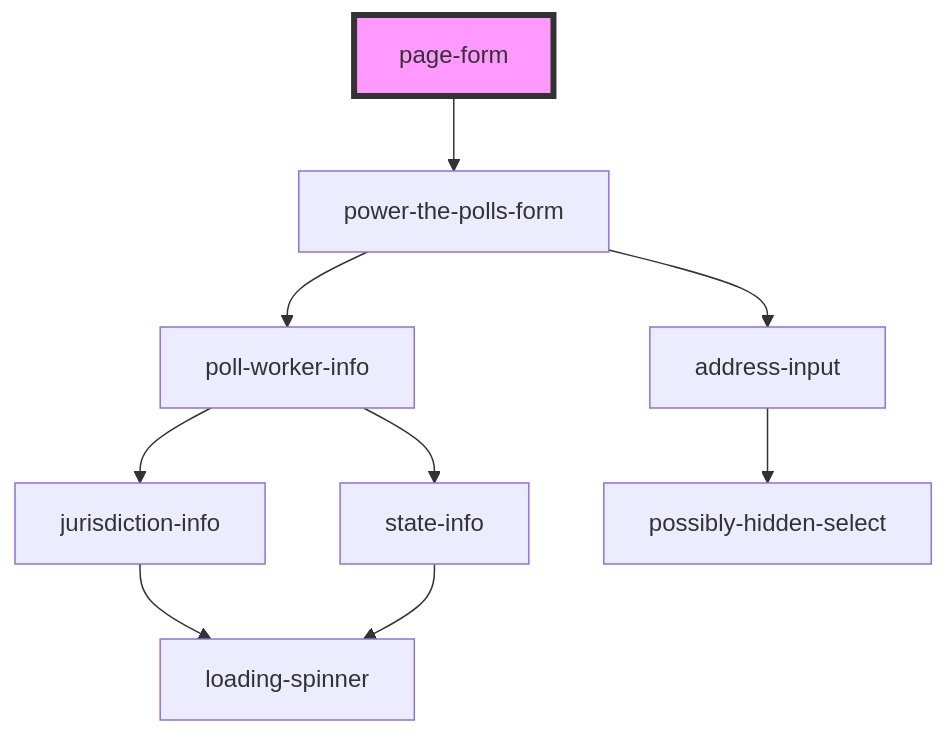
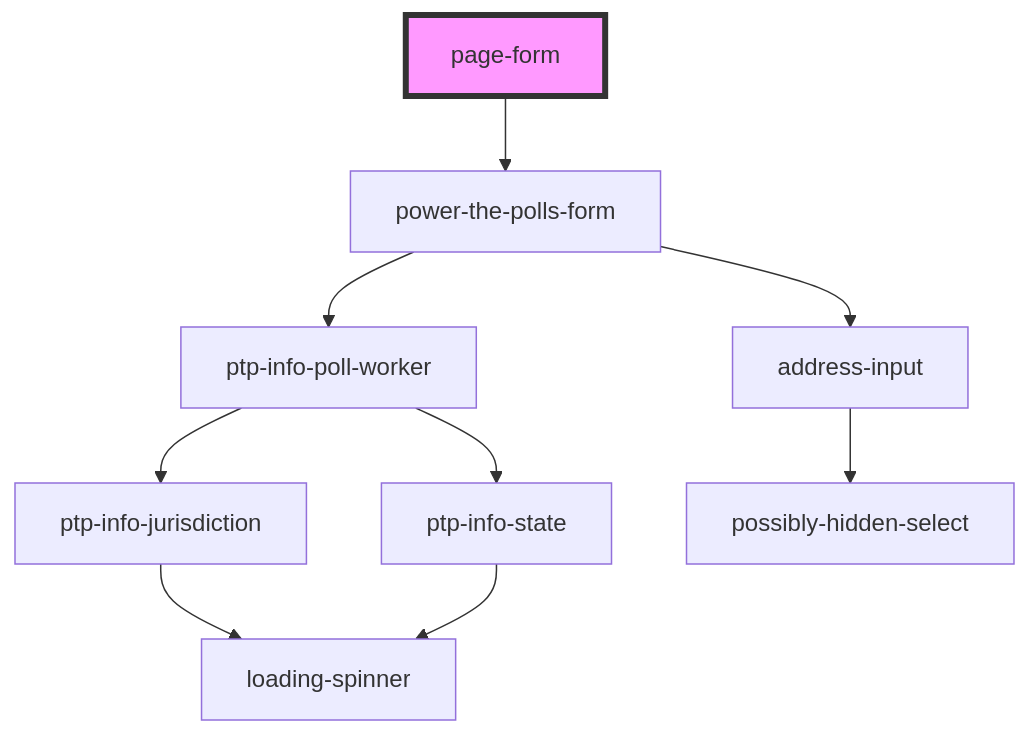
One commit to pizza-to-the-polls/power-the-polls changed the diagram in site/src/components/page-form/readme.md. Above: the diagram before and after it, drawn with Mermaid. The commit also changed 28 other files, not shown here.

Commit message:
refactoring to try to consolidate things around state and jurisdiction info

````diff
--- a/site/src/components/page-form/readme.md
+++ b/site/src/components/page-form/readme.md
@@ -22,12 +22,12 @@
 ```mermaid
 graph TD;
   page-form --> power-the-polls-form
-  power-the-polls-form --> poll-worker-info
+  power-the-polls-form --> ptp-info-poll-worker
   power-the-polls-form --> address-input
-  poll-worker-info --> jurisdiction-info
-  poll-worker-info --> state-info
-  jurisdiction-info --> loading-spinner
-  state-info --> loading-spinner
+  ptp-info-poll-worker --> ptp-info-jurisdiction
+  ptp-info-poll-worker --> ptp-info-state
+  ptp-info-jurisdiction --> loading-spinner
+  ptp-info-state --> loading-spinner
   address-input --> possibly-hidden-select
   style page-form fill:#f9f,stroke:#333,stroke-width:4px
 ```
````
